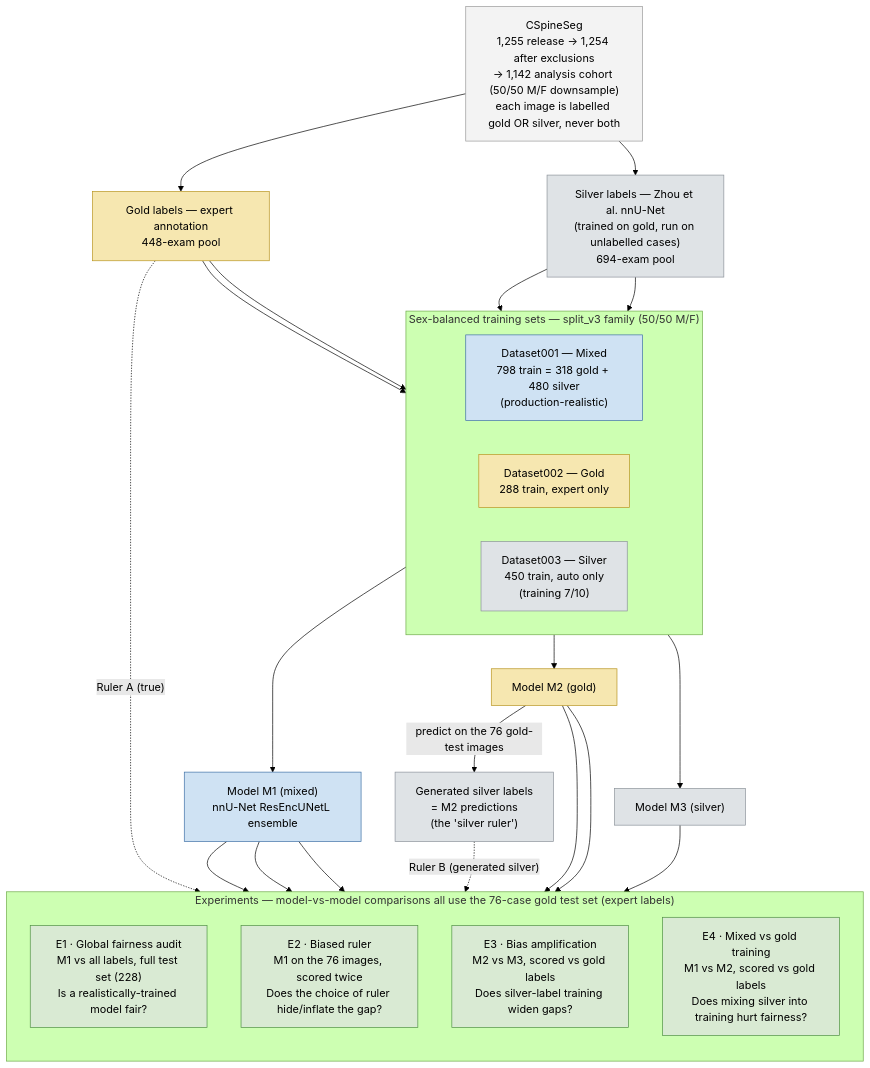
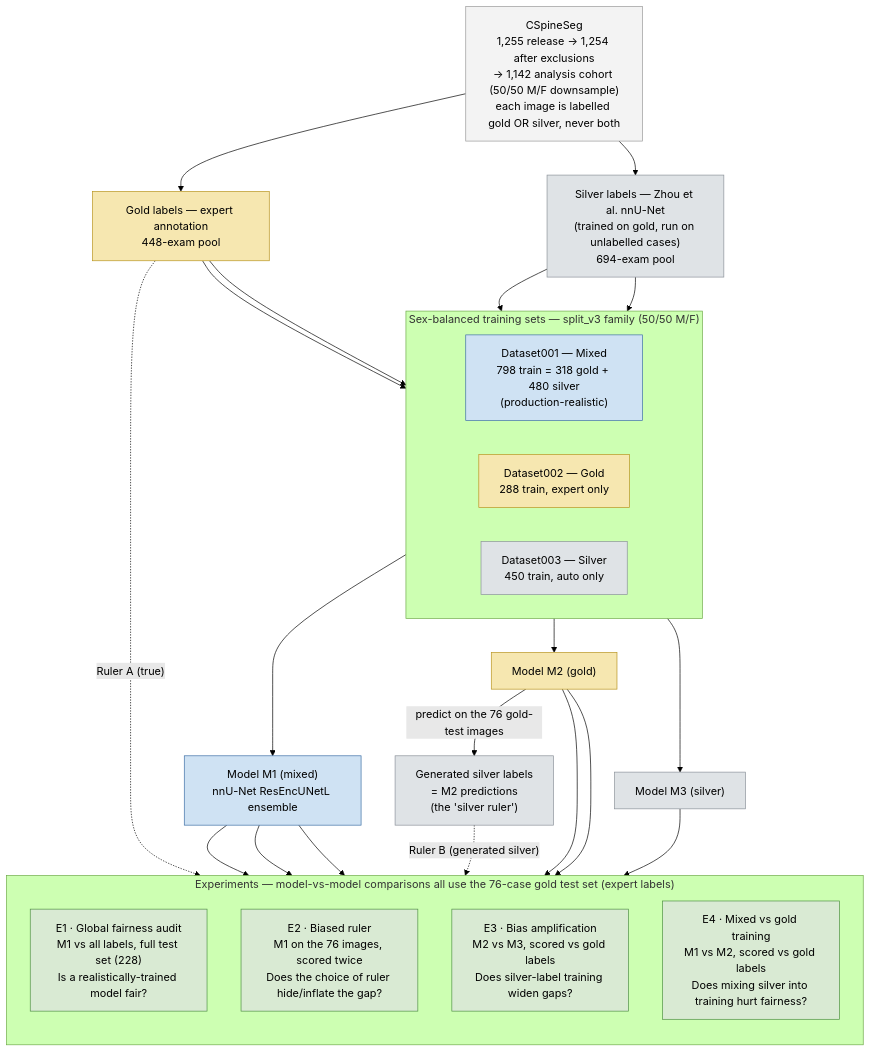
Before and after one commit to linusjuni/spinal-fairness: the first of 2 diagrams in docs/nnunet/06_gold_silver_training.md, drawn with Mermaid (forest theme). The commit also changed other lines of this file and 4 other files, not shown here.

````diff
--- a/docs/nnunet/06_gold_silver_training.md
+++ b/docs/nnunet/06_gold_silver_training.md
@@ -30,48 +30,48 @@
 ```mermaid
 flowchart TD
     CS["CSpineSeg<br/>1,255 release → 1,254 after exclusions<br/>→ 1,142 analysis cohort (50/50 M/F downsample)<br/>each image is labelled gold OR silver, never both"]:::src
 
     CS --> GOLD["Gold labels — expert annotation<br/>448-exam pool"]:::gold
     CS --> SILV["Silver labels — Zhou et al. nnU-Net<br/>(trained on gold, run on unlabelled cases)<br/>694-exam pool"]:::silver
 
     subgraph TR["Sex-balanced training sets — split_v3 family (50/50 M/F)"]
       direction LR
       DS1["Dataset001 — Mixed<br/>798 train = 318 gold + 480 silver<br/>(production-realistic)"]:::mixed
       DS2["Dataset002 — Gold<br/>288 train, expert only"]:::gold
-      DS3["Dataset003 — Silver<br/>450 train, auto only<br/>(training 7/10)"]:::silver
+      DS3["Dataset003 — Silver<br/>450 train, auto only"]:::silver
     end
 
     GOLD --> DS1
     SILV --> DS1
     GOLD --> DS2
     SILV --> DS3
 
     DS1 --> M1["Model M1 (mixed)<br/>nnU-Net ResEncUNetL ensemble"]:::mixed
     DS2 --> M2["Model M2 (gold)"]:::gold
     DS3 --> M3["Model M3 (silver)"]:::silver
 
     M2 -- "predict on the 76 gold-test images" --> GENS["Generated silver labels<br/>= M2 predictions<br/>(the 'silver ruler')"]:::silver
 
     subgraph EXP["Experiments — model-vs-model comparisons all use the 76-case gold test set (expert labels)"]
       direction TB
       E1["E1 · Global fairness audit<br/>M1 vs all labels, full test set (228)<br/>Is a realistically-trained model fair?"]:::exp
       E2["E2 · Biased ruler<br/>M1 on the 76 images, scored twice<br/>Does the choice of ruler hide/inflate the gap?"]:::exp
       E3["E3 · Bias amplification<br/>M2 vs M3, scored vs gold labels<br/>Does silver-label training widen gaps?"]:::exp
       E4["E4 · Mixed vs gold training<br/>M1 vs M2, scored vs gold labels<br/>Does mixing silver into training hurt fairness?"]:::exp
     end
 
     M1 --> E1
     M1 --> E2
     GOLD -. "Ruler A (true)" .-> E2
     GENS -. "Ruler B (generated silver)" .-> E2
     M1 --> E4
     M2 --> E3
     M2 --> E4
     M3 --> E3
 
     classDef src fill:#f3f3f3,stroke:#999,color:#000
     classDef gold fill:#f6e7b0,stroke:#b8941f,color:#000
     classDef silver fill:#dfe3e6,stroke:#8a9199,color:#000
     classDef mixed fill:#cfe2f3,stroke:#3d6fa5,color:#000
     classDef exp fill:#d9ead3,stroke:#4e8f43,color:#000
 ```
````
